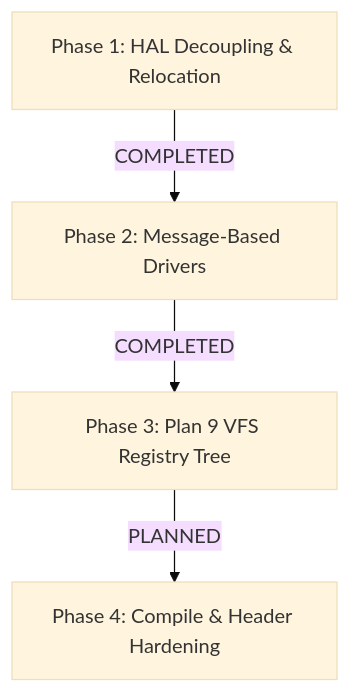
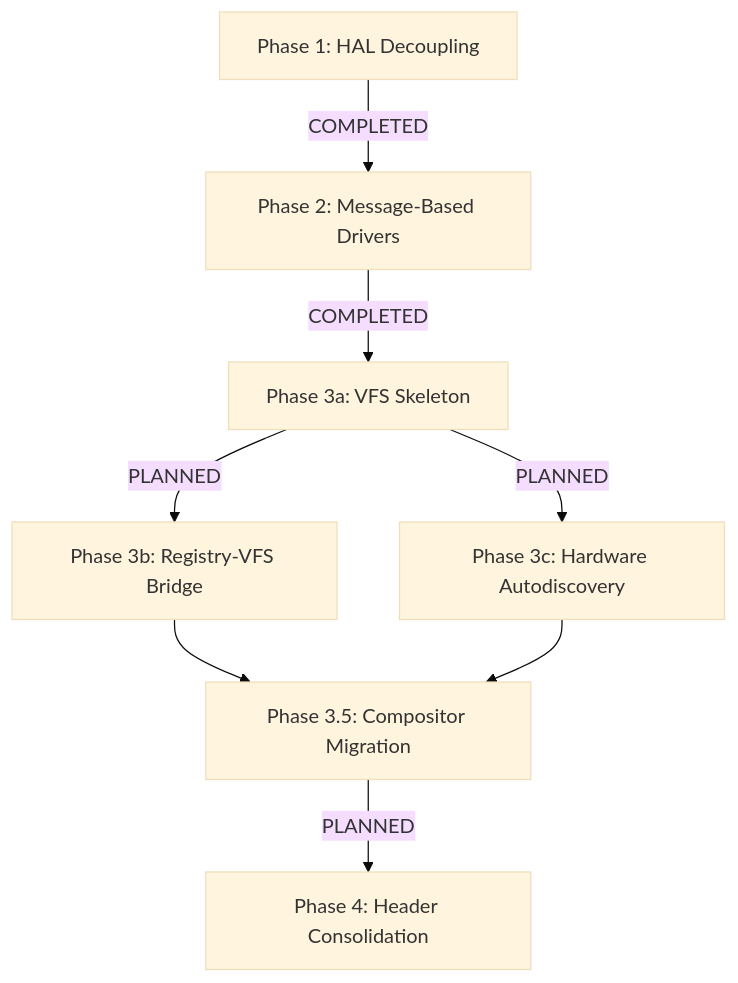
One commit to olmox001/os1test-dev changed the first of 2 diagrams in REFACTOR_PLAN.md. Above: the diagram before and after it, drawn with Mermaid (base theme). The commit also changed other lines of this file and 79 other files, not shown here.

````diff
--- a/REFACTOR_PLAN.md
+++ b/REFACTOR_PLAN.md
@@ -42,6 +42,10 @@
 ```mermaid
 graph TD
-    P1[Phase 1: HAL Decoupling & Relocation] -->|COMPLETED| P2[Phase 2: Message-Based Drivers]
-    P2 -->|COMPLETED| P3[Phase 3: Plan 9 VFS Registry Tree]
-    P3 -->|PLANNED| P4[Phase 4: Compile & Header Hardening]
+    P1[Phase 1: HAL Decoupling] -->|COMPLETED| P2[Phase 2: Message-Based Drivers]
+    P2 -->|COMPLETED| P3A[Phase 3a: VFS Skeleton]
+    P3A -->|PLANNED| P3B[Phase 3b: Registry-VFS Bridge]
+    P3A -->|PLANNED| P3C[Phase 3c: Hardware Autodiscovery]
+    P3B --> P35[Phase 3.5: Compositor Migration]
+    P3C --> P35
+    P35 -->|PLANNED| P4[Phase 4: Header Consolidation]
 ```
````
